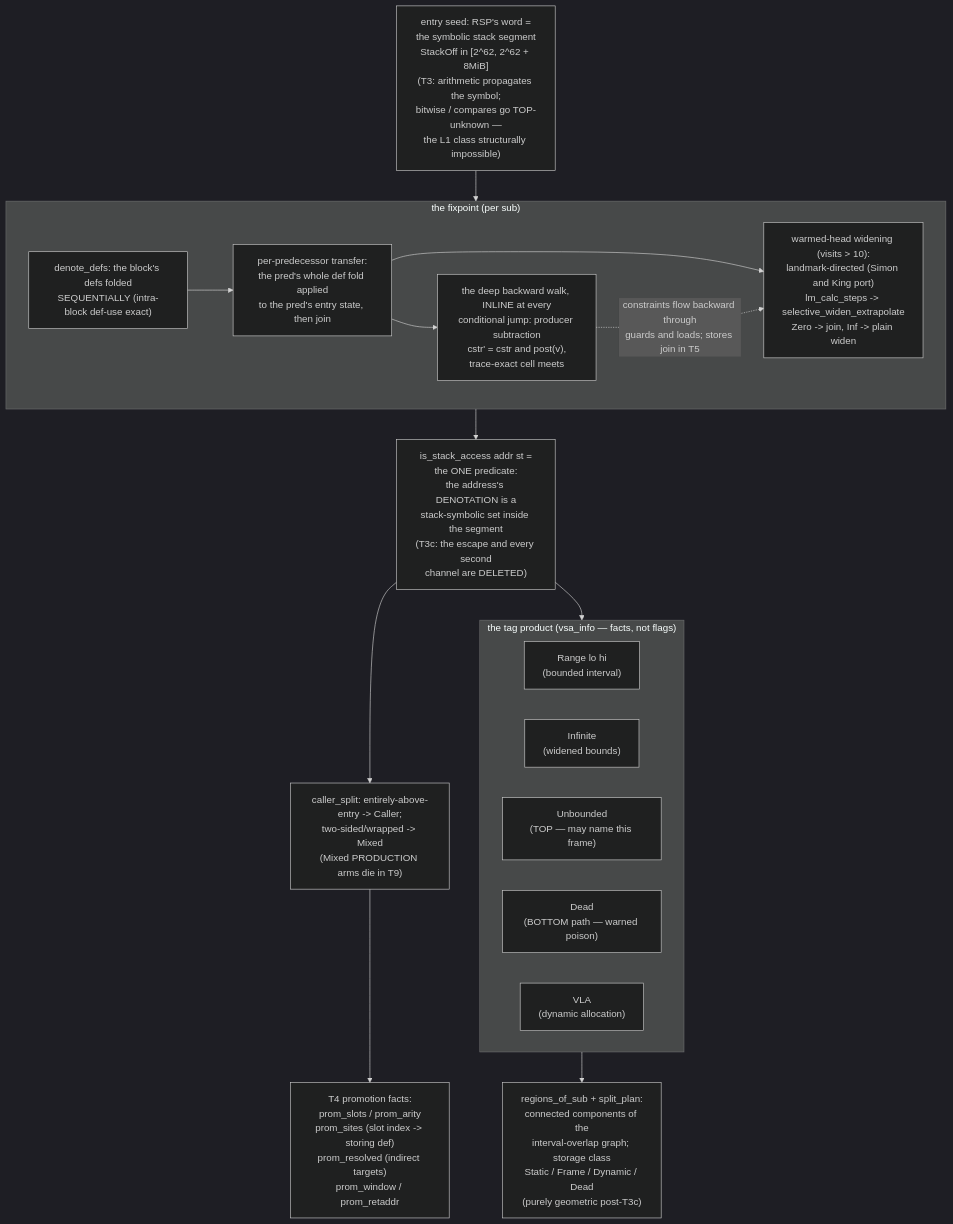
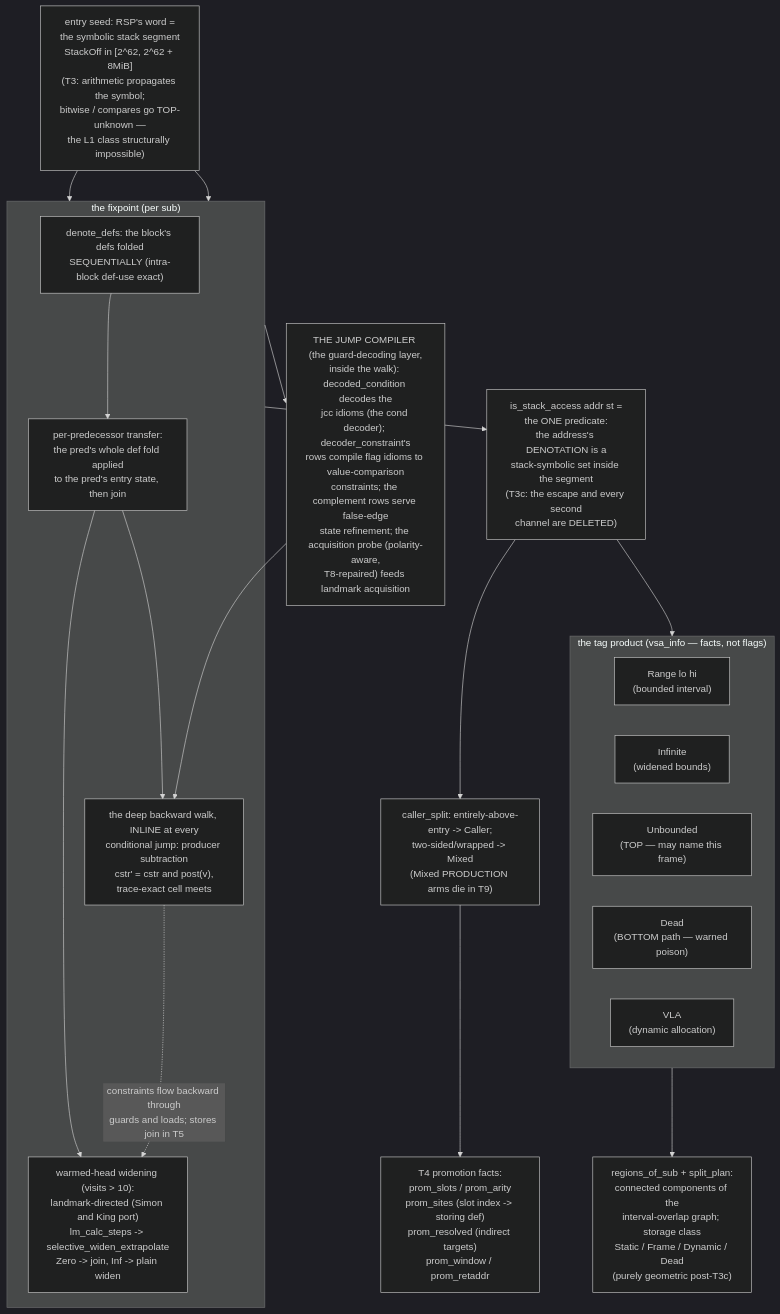
One commit to Angs12/hike changed the second of 6 diagrams in docs/architecture-map.md. Above: the diagram before and after it, drawn with Mermaid (dark theme). The commit also changed other lines of this file, not shown here.

Commit message:
docs: the jump compiler joins the map — the guard-decoding layer as landed (T8-repaired) + the T13 pass that will delete it

````diff
--- a/docs/architecture-map.md
+++ b/docs/architecture-map.md
@@ -48,34 +48,38 @@
 ```mermaid
 flowchart TB
     SEED["entry seed: RSP's word =<br/>the symbolic stack segment<br/>StackOff in [2^62, 2^62 + 8MiB]<br/>(T3: arithmetic propagates the symbol;<br/>bitwise / compares go TOP-unknown —<br/>the L1 class structurally impossible)"]
 
     subgraph FIXP["the fixpoint (per sub)"]
         DD["denote_defs: the block's defs folded<br/>SEQUENTIALLY (intra-block def-use exact)"]
         PRED["per-predecessor transfer:<br/>the pred's whole def fold applied<br/>to the pred's entry state, then join"]
         WIDE["warmed-head widening (visits > 10):<br/>landmark-directed (Simon and King port)<br/>lm_calc_steps -> selective_widen_extrapolate<br/>Zero -> join, Inf -> plain widen"]
         DEEP["the deep backward walk, INLINE at every<br/>conditional jump: producer subtraction<br/>cstr' = cstr and post(v),<br/>trace-exact cell meets"]
         DD --> PRED --> WIDE
         PRED --> DEEP
     end
+
+    JUMPC["THE JUMP COMPILER (the guard-decoding layer,<br/>inside the walk): decoded_condition decodes the<br/>jcc idioms (the cond decoder); decoder_constraint's<br/>rows compile flag idioms to value-comparison<br/>constraints; the complement rows serve false-edge<br/>state refinement; the acquisition probe (polarity-aware,<br/>T8-repaired) feeds landmark acquisition"]
+    JUMPC --> DEEP
 
     PRED2["is_stack_access addr st =<br/>the ONE predicate:<br/>the address's DENOTATION is a<br/>stack-symbolic set inside the segment<br/>(T3c: the escape and every second<br/>channel are DELETED)"]
 
     subgraph TAGS["the tag product (vsa_info — facts, not flags)"]
         R["Range lo hi<br/>(bounded interval)"]
         I["Infinite<br/>(widened bounds)"]
         U["Unbounded<br/>(TOP — may name this frame)"]
         D["Dead<br/>(BOTTOM path — warned poison)"]
         V["VLA<br/>(dynamic allocation)"]
     end
 
     CS["caller_split: entirely-above-entry -> Caller;<br/>two-sided/wrapped -> Mixed<br/>(Mixed PRODUCTION arms die in T9)"]
 
     PROM["T4 promotion facts:<br/>prom_slots / prom_arity<br/>prom_sites (slot index -> storing def)<br/>prom_resolved (indirect targets)<br/>prom_window / prom_retaddr"]
 
     SPLIT["regions_of_sub + split_plan:<br/>connected components of the<br/>interval-overlap graph; storage class<br/>Static / Frame / Dynamic / Dead<br/>(purely geometric post-T3c)"]
 
+    SEED --> FIXP --> JUMPC
     SEED --> FIXP --> PRED2 --> TAGS
     PRED2 --> CS --> PROM
     TAGS --> SPLIT
     DEEP -. "constraints flow backward through<br/>guards and loads; stores join in T5" .-> WIDE
 ```
````
